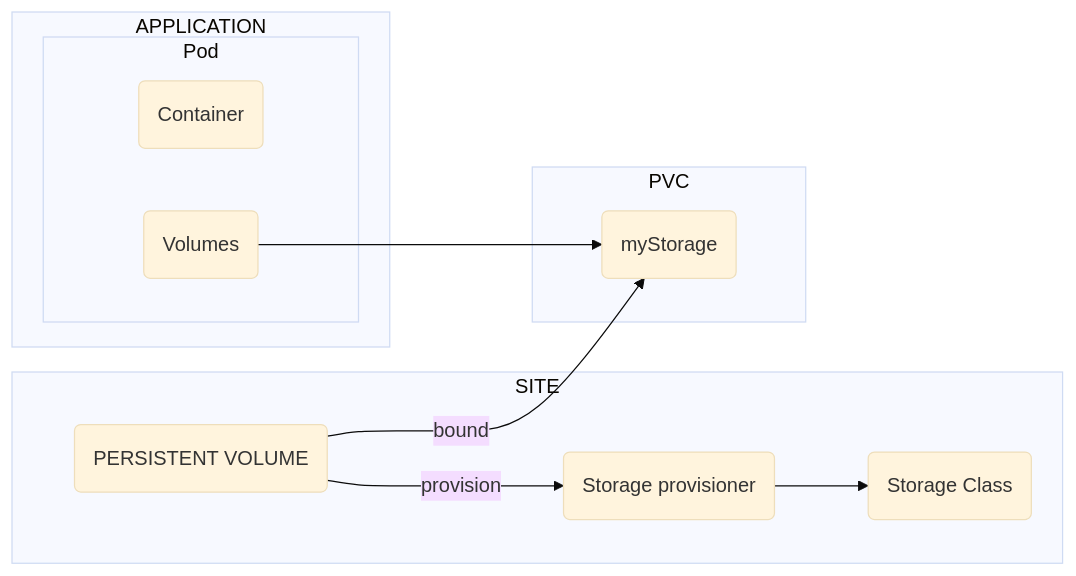
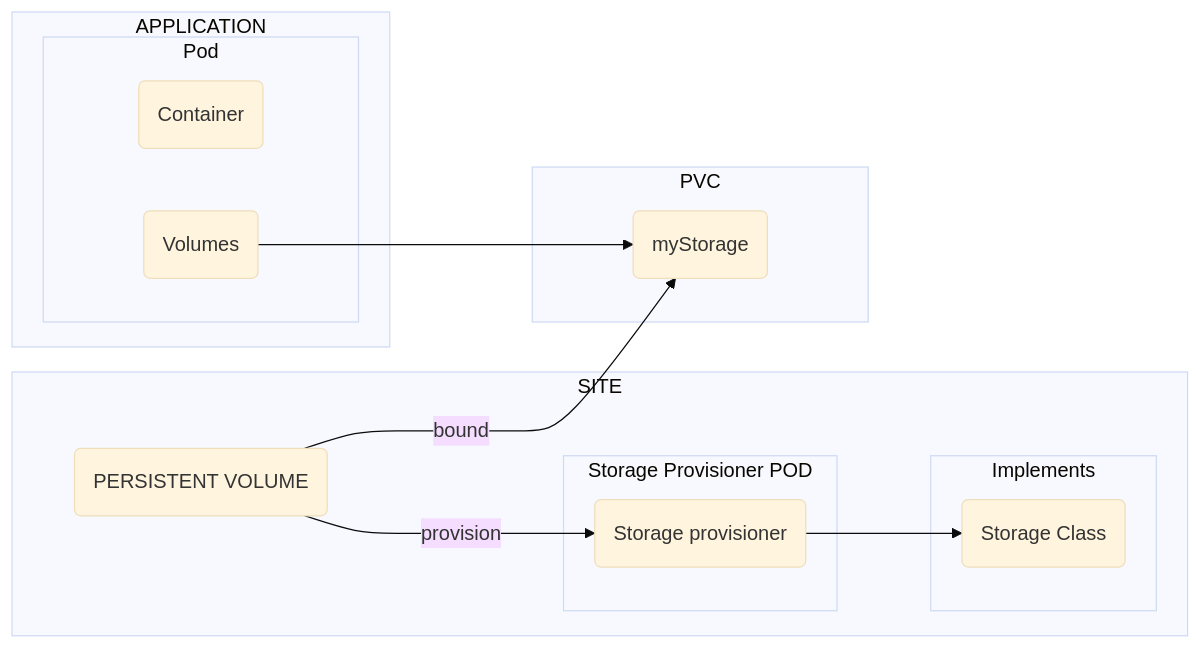
Before and after one commit to AlejandroSobral/CKA: the diagram in Lessons/Lesson 4 - Storage/Readme.md, drawn with Mermaid (base theme).

Commit message:
L4, volume provisioning grahp modified

````diff
--- a/Lessons/Lesson 4 - Storage/Readme.md
+++ b/Lessons/Lesson 4 - Storage/Readme.md
@@ -52,26 +52,33 @@
 ```mermaid
 
 graph LR
     subgraph SITE
         A(PERSISTENT VOLUME)
+        subgraph Implements
         B(Storage Class)
+        end
+            subgraph Storage Provisioner POD
+            C(Storage Provisioner)
+            end
         C(Storage provisioner)
     end
+
+
 
     subgraph APPLICATION
         subgraph Pod
             E(Container)
         F(Volumes)
         end
     end
 
     subgraph PVC
     G(myStorage)
     
     end
     
     A -- provision --> C
     A -- bound --> G(myStorage)
     F --> G
     C --> B
 ```
````
